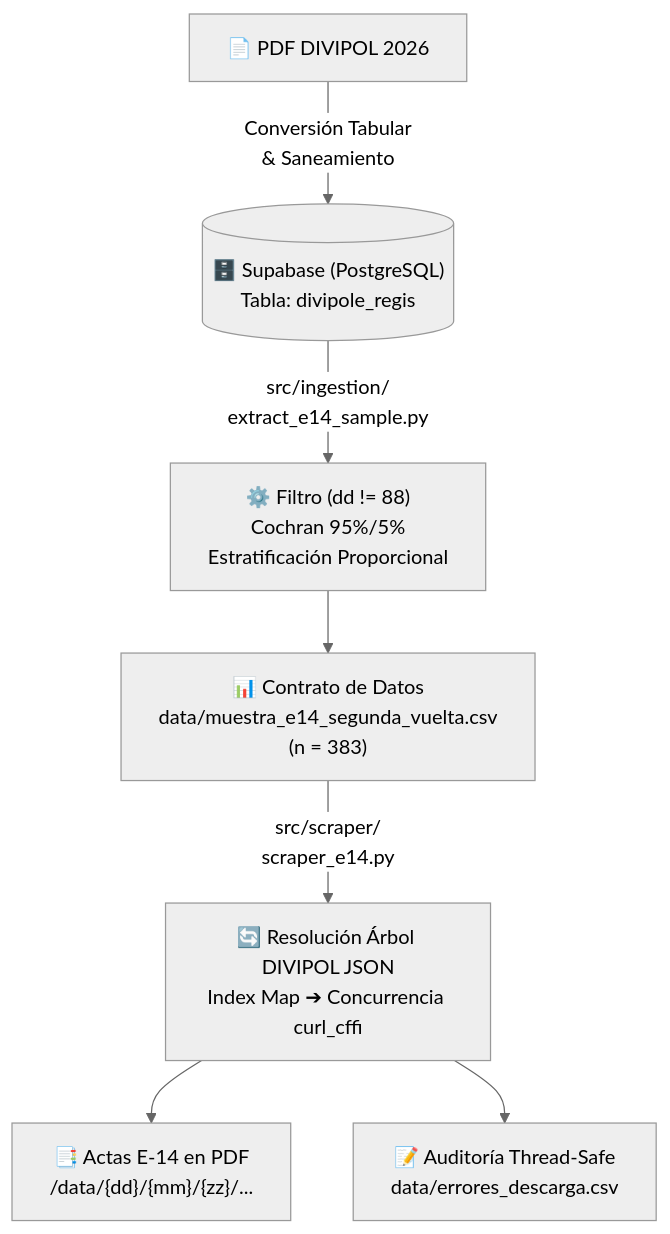
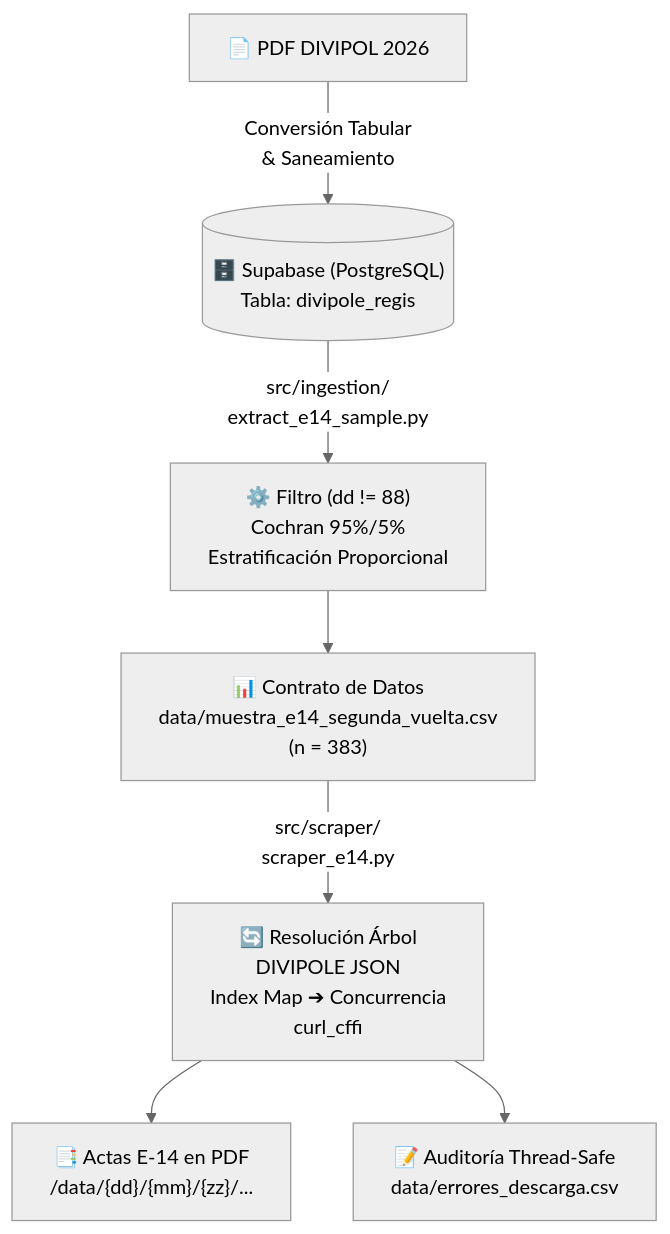
The diagram in README.md (MiganGalban/e14-vision-ocr-pipeline), drawn with Mermaid (neutral theme) before and after one commit.

Commit message:
docs(readme): se mejoro visualizacion de arquitectura

````diff
--- a/README.md
+++ b/README.md
@@ -13,13 +13,13 @@
 ```mermaid
 flowchart TD
     A["📄 PDF DIVIPOL 2026"] -->|Conversión Tabular<br>& Saneamiento| B[("🗄️ Supabase (PostgreSQL)<br>Tabla: divipole_regis")]
     
     B -->|src/ingestion/<br>extract_e14_sample.py| C["⚙️ Filtro (dd != 88)<br>Cochran 95%/5%<br>Estratificación Proporcional"]
     
     C --> D["📊 Contrato de Datos<br>data/muestra_e14_segunda_vuelta.csv<br>(n = 383)"]
     
-    D -->|src/scraper/<br>scraper_e14.py| E["🔄 Resolución Árbol DIVIPOL JSON<br>Index Map ➔ Concurrencia curl_cffi"]
+    D -->|src/scraper/<br>scraper_e14.py| E["🔄 Resolución Árbol<br>DIVIPOLE JSON<br>Index Map ➔ Concurrencia<br>curl_cffi"]
     
     E --> F["📑 Actas E-14 en PDF<br>/data/{dd}/{mm}/{zz}/..."]
     E --> G["📝 Auditoría Thread-Safe<br>data/errores_descarga.csv"]
 ```
````
